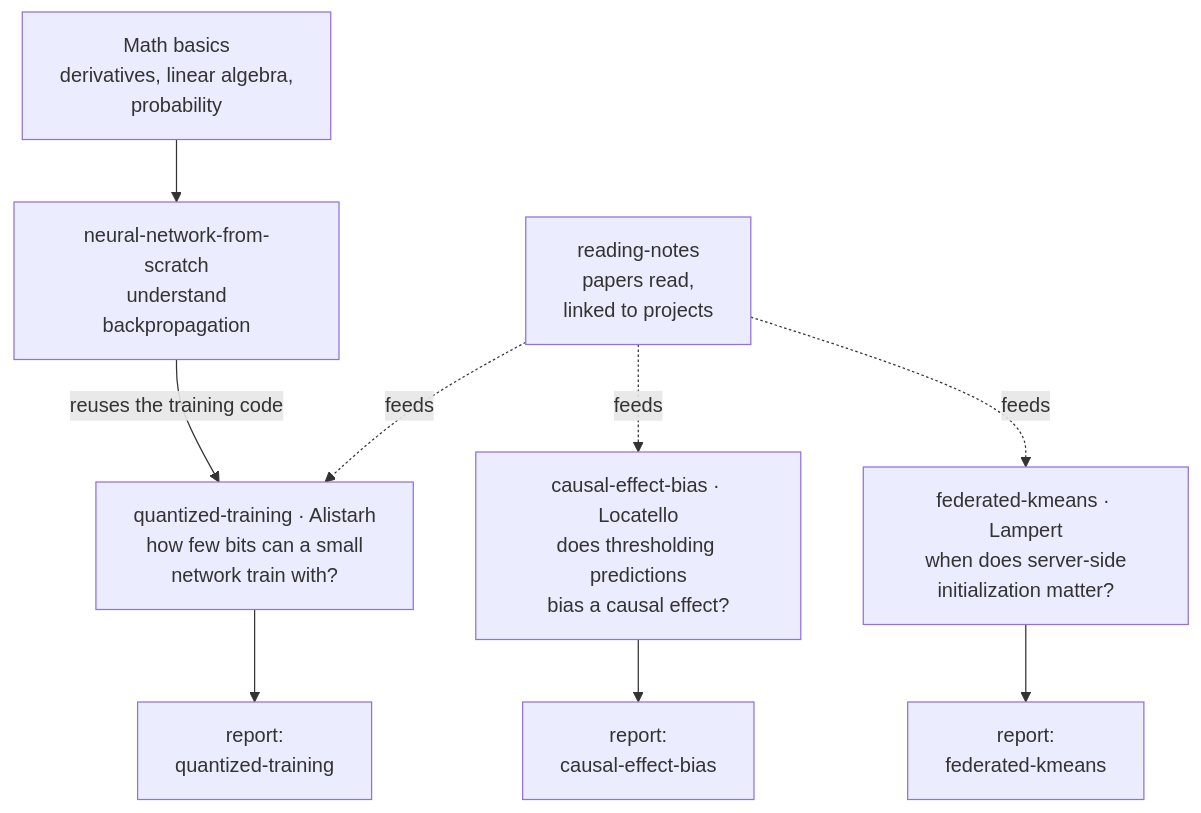
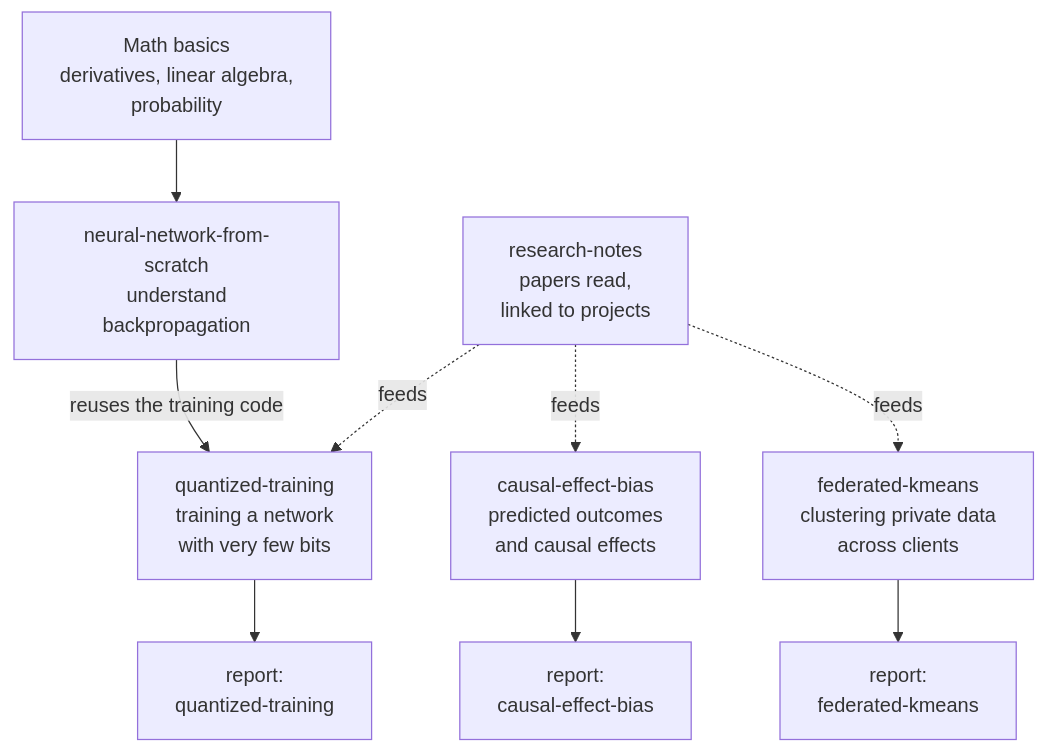
Before and after one commit to Bethkove/Computer-Science-ISTA-Portfolio: the diagram in README.md, drawn with Mermaid. The commit also changed other lines of this file and 19 other files, not shown here.

````diff
--- a/README.md
+++ b/README.md
@@ -24,21 +21,21 @@
 ```mermaid
 flowchart TD
-    R["reading-notes<br/>papers read,<br/>linked to projects"]
+    R["research-notes<br/>papers read,<br/>linked to projects"]
     M["Math basics<br/>derivatives, linear algebra,<br/>probability"]
     NN["neural-network-from-scratch<br/>understand<br/>backpropagation"]
-    C["causal-effect-bias · Locatello<br/>does thresholding predictions<br/>bias a causal effect?"]
-    F["federated-kmeans · Lampert<br/>when does server-side<br/>initialization matter?"]
-    Q["quantized-training · Alistarh<br/>how few bits can a small<br/>network train with?"]
+    C["causal-effect-bias<br/>predicted outcomes<br/>and causal effects"]
+    F["federated-kmeans<br/>clustering private data<br/>across clients"]
+    Q["quantized-training<br/>training a network<br/>with very few bits"]
     RC["report:<br/>causal-effect-bias"]
     RF["report:<br/>federated-kmeans"]
     RQ["report:<br/>quantized-training"]
 
     M --> NN
     NN -->|reuses the training code| Q
     R -. feeds .-> C
     R -. feeds .-> F
     R -. feeds .-> Q
     C --> RC
     F --> RF
     Q --> RQ
 ```
````
